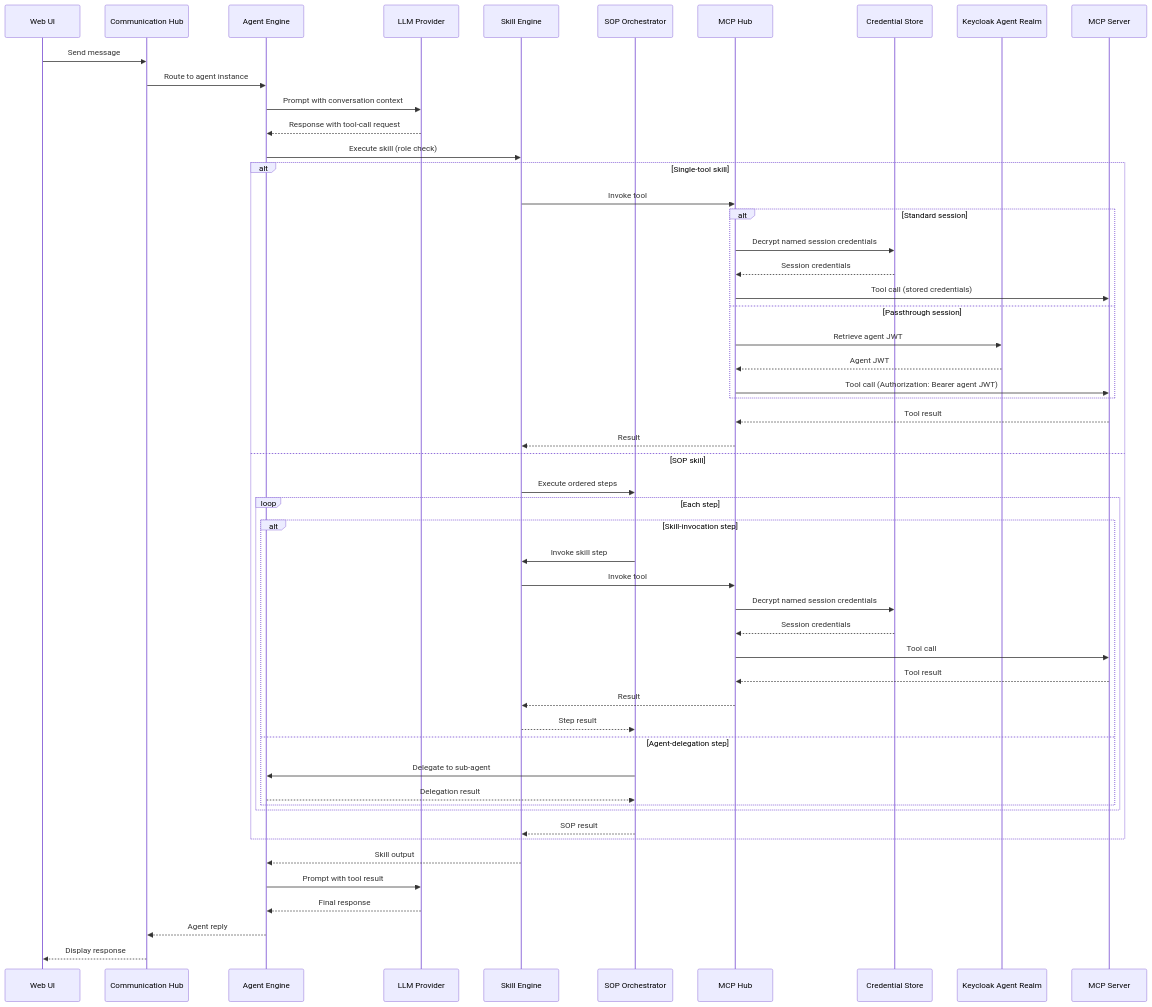
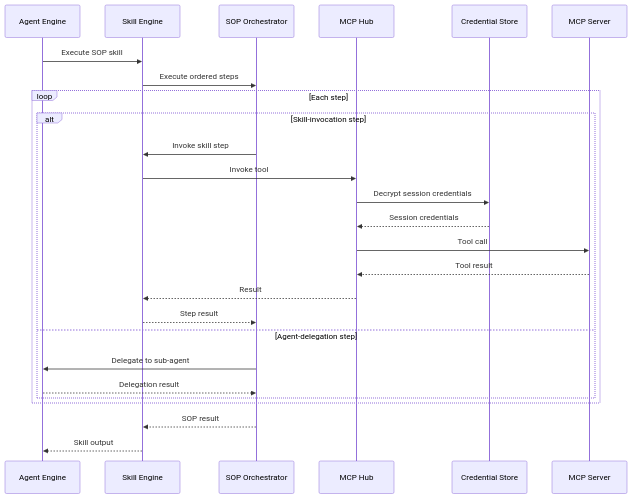
One commit to hurungang/parthenon changed the second of 2 diagrams in docs/master/architecture/modules/tool-execution.md. Above: the diagram before and after it, drawn with Mermaid. The commit also changed other lines of this file and 58 other files, not shown here.

Commit message:
feat: improve mcp hub feature and fixing auth issues

````diff
--- a/docs/master/architecture/modules/tool-execution.md
+++ b/docs/master/architecture/modules/tool-execution.md
@@ -9,56 +34,29 @@
 ```mermaid
 sequenceDiagram
-    participant U as Web UI
-    participant CH as Communication Hub
     participant AE as Agent Engine
-    participant LLM as LLM Provider
     participant SE as Skill Engine
     participant SOPORCH as SOP Orchestrator
     participant MCP as MCP Hub
     participant CS as Credential Store
-    participant IdP as Keycloak Agent Realm
     participant EXT as MCP Server
 
-    U->>CH: Send message
-    CH->>AE: Route to agent instance
-    AE->>LLM: Prompt with conversation context
-    LLM-->>AE: Response with tool-call request
-    AE->>SE: Execute skill (role check)
-    alt Single-tool skill
-        SE->>MCP: Invoke tool
-        alt Standard session
-            MCP->>CS: Decrypt named session credentials
+    AE->>SE: Execute SOP skill
+    SE->>SOPORCH: Execute ordered steps
+    loop Each step
+        alt Skill-invocation step
+            SOPORCH->>SE: Invoke skill step
+            SE->>MCP: Invoke tool
+            MCP->>CS: Decrypt session credentials
             CS-->>MCP: Session credentials
-            MCP->>EXT: Tool call (stored credentials)
-        else Passthrough session
-            MCP->>IdP: Retrieve agent JWT
-            IdP-->>MCP: Agent JWT
-            MCP->>EXT: Tool call (Authorization: Bearer agent JWT)
+            MCP->>EXT: Tool call
+            EXT-->>MCP: Tool result
+            MCP-->>SE: Result
+            SE-->>SOPORCH: Step result
+        else Agent-delegation step
+            SOPORCH->>AE: Delegate to sub-agent
+            AE-->>SOPORCH: Delegation result
         end
-        EXT-->>MCP: Tool result
-        MCP-->>SE: Result
-    else SOP skill
-        SE->>SOPORCH: Execute ordered steps
-        loop Each step
-            alt Skill-invocation step
-                SOPORCH->>SE: Invoke skill step
-                SE->>MCP: Invoke tool
-                MCP->>CS: Decrypt named session credentials
-                CS-->>MCP: Session credentials
-                MCP->>EXT: Tool call
-                EXT-->>MCP: Tool result
-                MCP-->>SE: Result
-                SE-->>SOPORCH: Step result
-            else Agent-delegation step
-                SOPORCH->>AE: Delegate to sub-agent
-                AE-->>SOPORCH: Delegation result
-            end
-        end
-        SOPORCH-->>SE: SOP result
     end
+    SOPORCH-->>SE: SOP result
     SE-->>AE: Skill output
-    AE->>LLM: Prompt with tool result
-    LLM-->>AE: Final response
-    AE-->>CH: Agent reply
-    CH-->>U: Display response
 ```
````
